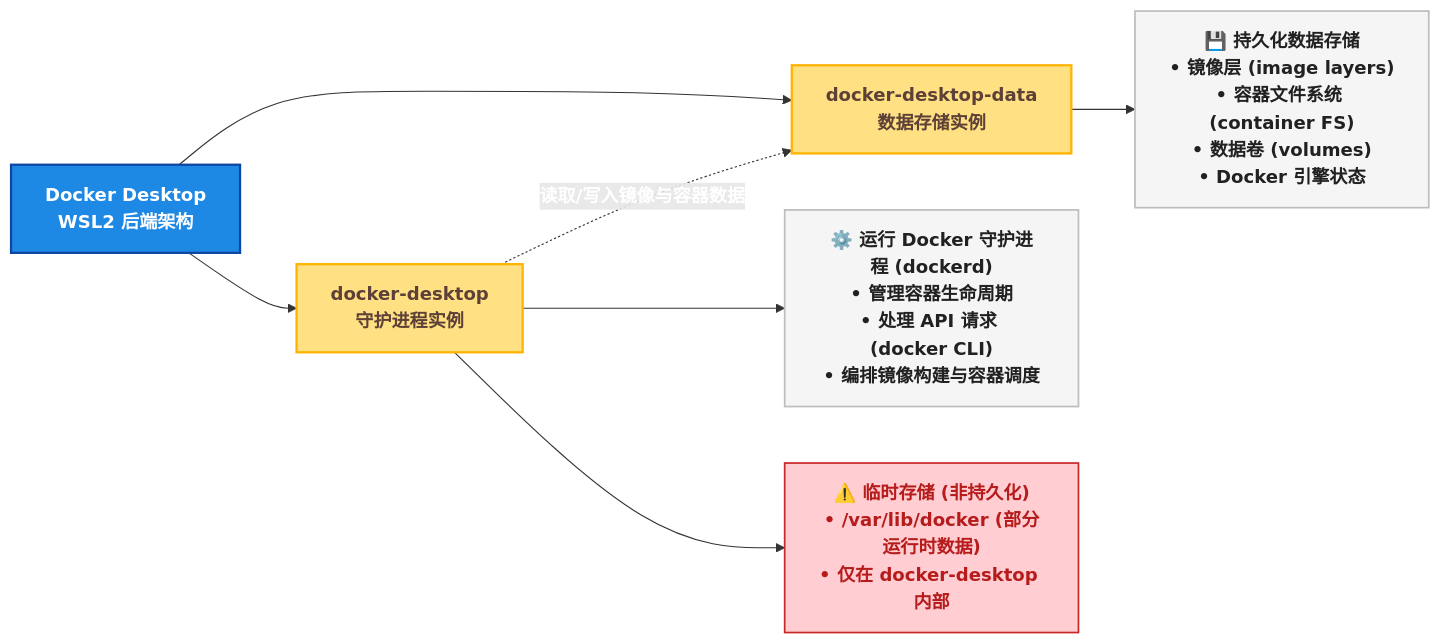
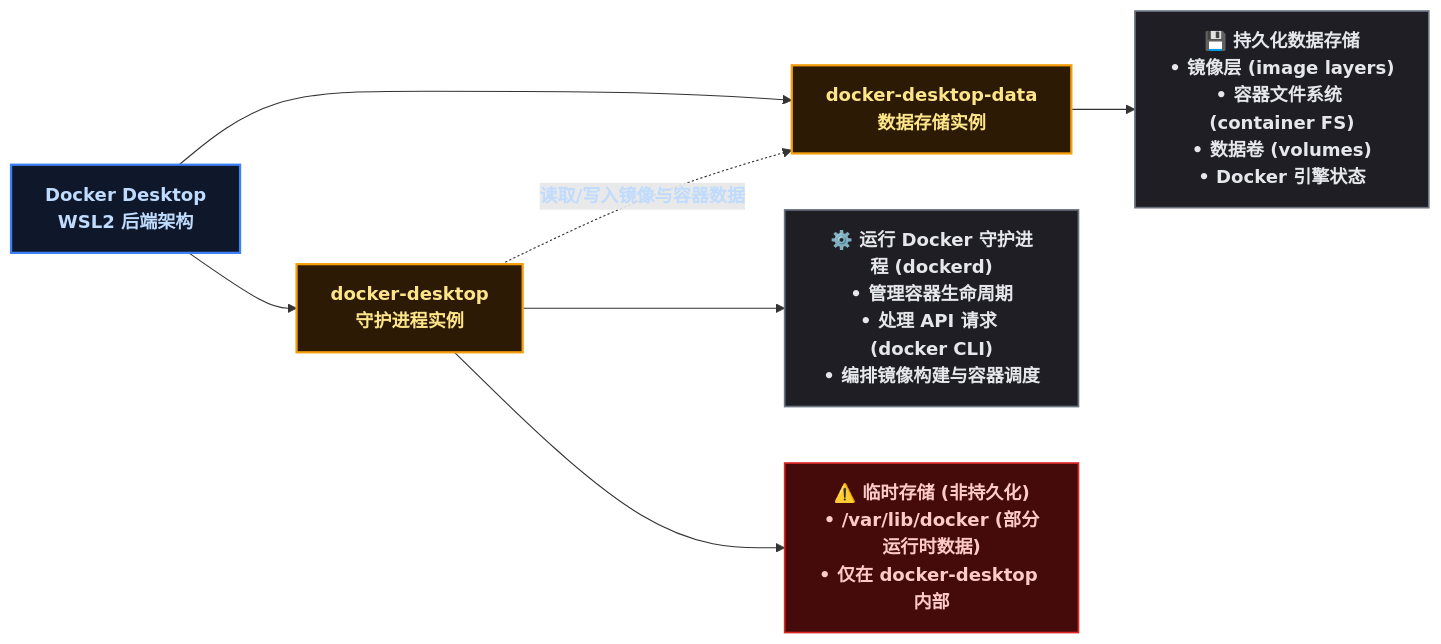
One commit to yaocat55/yaocat55.github.io changed the first of 5 diagrams in content/posts/kubernetes/WslDockerDataPersistence.md. Above: the diagram before and after it, drawn with Mermaid. The commit also changed other lines of this file and 155 other files, not shown here.

````diff
--- a/content/posts/kubernetes/WslDockerDataPersistence.md
+++ b/content/posts/kubernetes/WslDockerDataPersistence.md
@@ -71,27 +71,27 @@
 ```mermaid
 flowchart LR
     %% ==========================================
     %% 样式定义
     %% ==========================================
-    classDef root fill:#1E88E5,stroke:#0D47A1,stroke-width:2px,color:#FFFFFF,font-weight:bold;
-    classDef branch fill:#FFE082,stroke:#FFB300,stroke-width:2px,color:#5D4037,font-weight:bold;
-    classDef leaf fill:#F5F5F5,stroke:#BDBDBD,stroke-width:1.5px,color:#212121;
-    classDef danger fill:#FFCDD2,stroke:#C62828,stroke-width:1.5px,color:#B71C1C,font-weight:bold;
+classDef root fill:#0f172a,stroke:#3b82f6,stroke-width:2px,color:#bfdbfe,font-weight:bold;
+classDef branch fill:#2d1a05,stroke:#f59e0b,stroke-width:2px,color:#fde68a,font-weight:bold;
+classDef leaf fill:#1e1e24,stroke:#6b7280,stroke-width:1.5px,color:#e5e7eb;
+classDef danger fill:#450a0a,stroke:#dc2626,stroke-width:1.5px,color:#fecaca,font-weight:bold;
 
     ROOT[Docker Desktop\nWSL2 后端架构]
 
     ROOT --> DD[docker-desktop\n守护进程实例]
     ROOT --> DDD[docker-desktop-data\n数据存储实例]
 
     DD --> DD_ROLE["⚙️ 运行 Docker 守护进程 (dockerd)\n• 管理容器生命周期\n• 处理 API 请求 (docker CLI)\n• 编排镜像构建与容器调度"]
     DD --> DD_STORAGE["⚠️ 临时存储 (非持久化)\n• /var/lib/docker (部分运行时数据)\n• 仅在 docker-desktop 内部"]
 
     DDD --> DDD_ROLE["💾 持久化数据存储\n• 镜像层 (image layers)\n• 容器文件系统 (container FS)\n• 数据卷 (volumes)\n• Docker 引擎状态"]
 
     DD -.->|读取/写入镜像与容器数据| DDD
 
     class ROOT root;
     class DD,DDD branch;
     class DD_ROLE,DDD_ROLE leaf;
     class DD_STORAGE danger;
 ```
````
